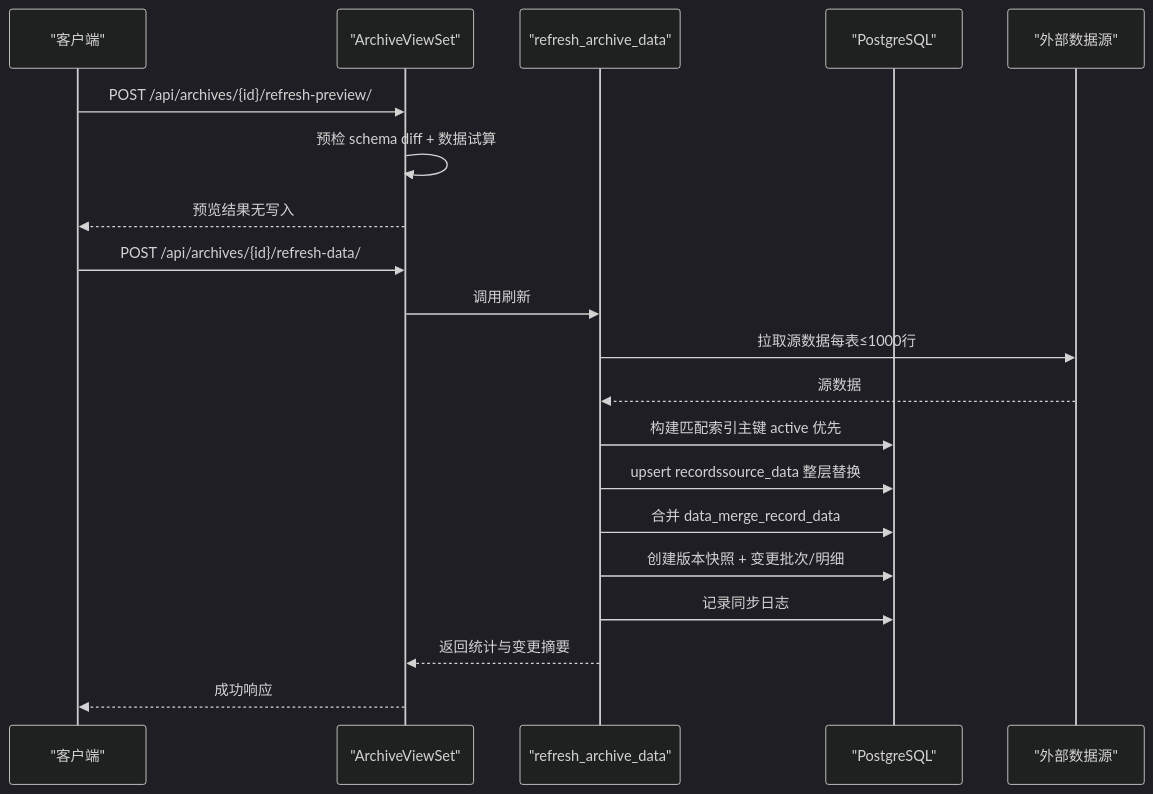
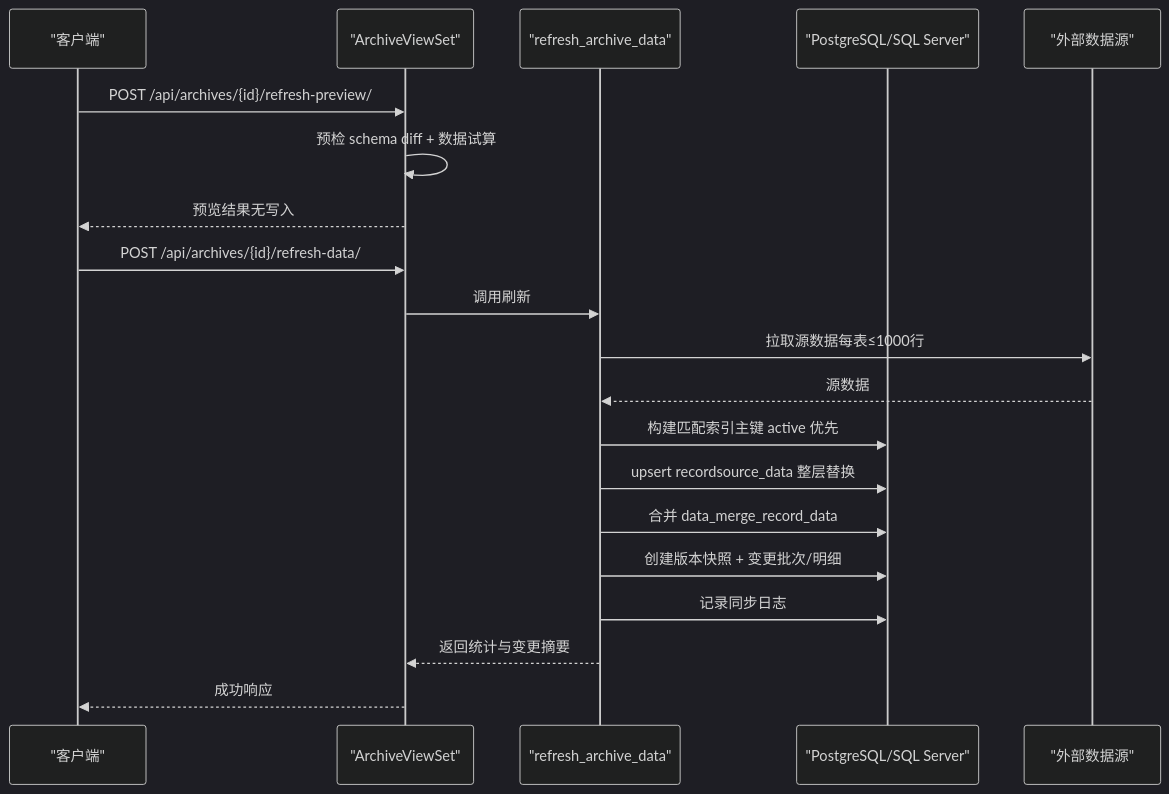
The fourth of 8 diagrams in .qoder/repowiki/zh/content/架构设计/后端架构/数据库设计.md (zyp-coder/Metadata), drawn with Mermaid (dark theme) before and after one commit. The commit also changed other lines of this file and 49 other files, not shown here.

````diff
--- a/.qoder/repowiki/zh/content/架构设计/后端架构/数据库设计.md
+++ b/.qoder/repowiki/zh/content/架构设计/后端架构/数据库设计.md
@@ -589,22 +605,22 @@
 ```mermaid
 sequenceDiagram
 participant Client as "客户端"
 participant View as "ArchiveViewSet"
 participant Sync as "refresh_archive_data"
-participant DB as "PostgreSQL"
+participant DB as "PostgreSQL/SQL Server"
 participant ExtDS as "外部数据源"
 Client->>View : POST /api/archives/{id}/refresh-preview/
 View->>View : 预检 schema diff + 数据试算
 View-->>Client : 预览结果无写入
 Client->>View : POST /api/archives/{id}/refresh-data/
 View->>Sync : 调用刷新
 Sync->>ExtDS : 拉取源数据每表≤1000行
 ExtDS-->>Sync : 源数据
 Sync->>DB : 构建匹配索引主键 active 优先
-Sync->>DB : upsert recordssource_data 整层替换
+Sync->>DB : upsert recordsource_data 整层替换
 Sync->>DB : 合并 data_merge_record_data
 Sync->>DB : 创建版本快照 + 变更批次/明细
 Sync->>DB : 记录同步日志
 Sync-->>View : 返回统计与变更摘要
 View-->>Client : 成功响应
 ```
````
